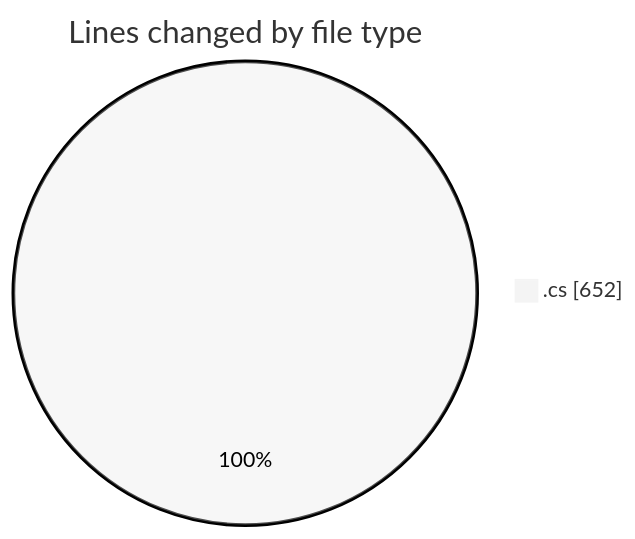
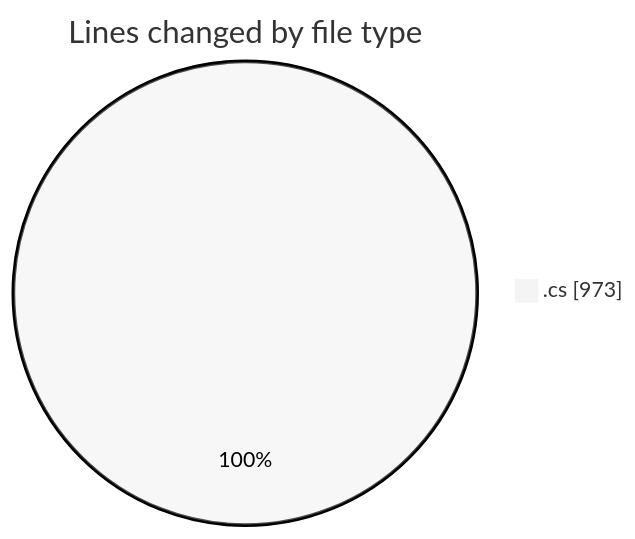
One commit to Netris89/code-tracking changed the first of 2 diagrams in 2025-03-13/back-end/README.md. Above: the diagram before and after it, drawn with Mermaid (neutral theme). The commit also changed other lines of this file and 1 other file, not shown here.

````diff
--- a/2025-03-13/back-end/README.md
+++ b/2025-03-13/back-end/README.md
@@ -26,5 +27,5 @@
 ```mermaid
 pie showData
 title Lines changed by file type
-".cs" : 652
+".cs" : 973
 ```
````
